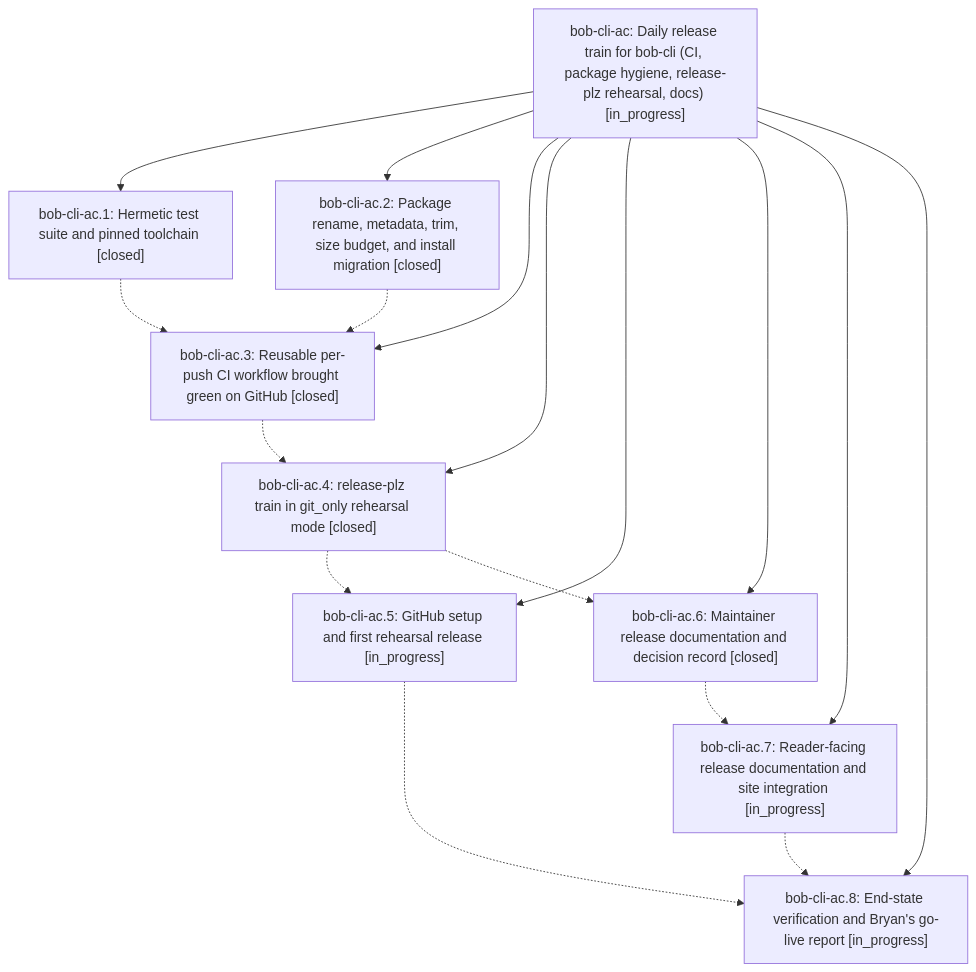
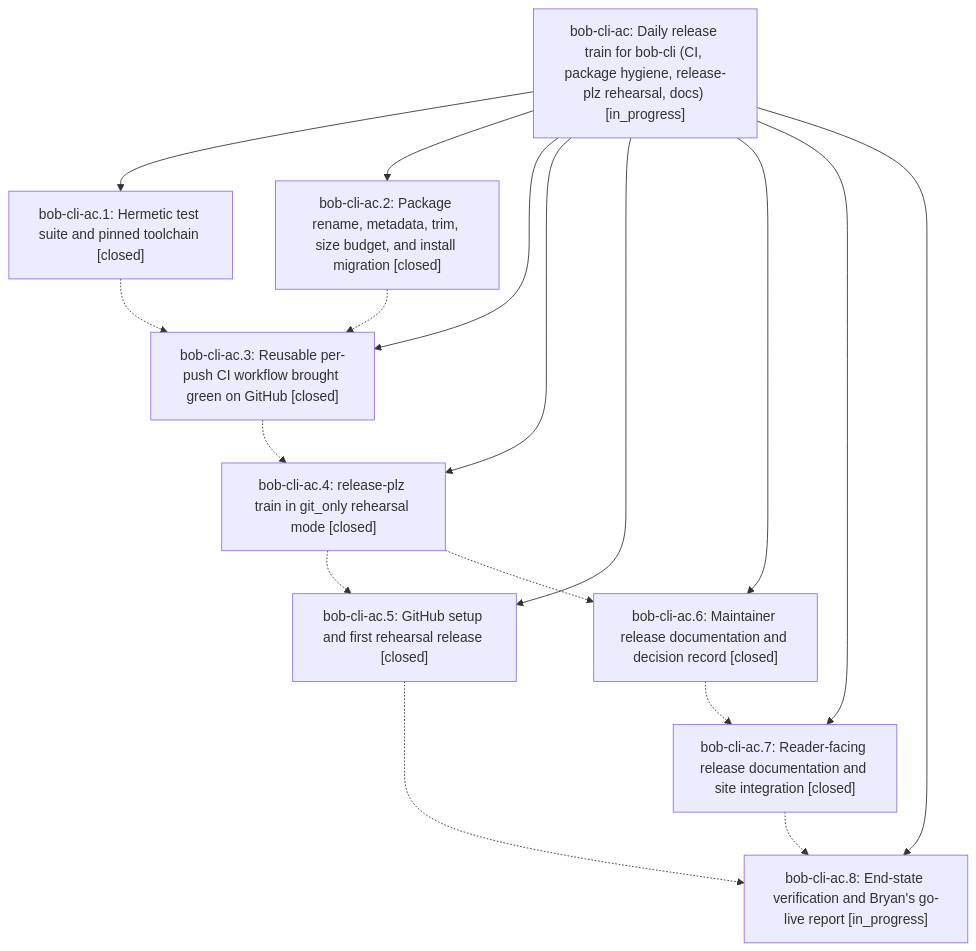
One commit to bobs-org/bob-cli--beads changed the diagram in pages/bob-cli-ac/README.md. Above: the diagram before and after it, drawn with Mermaid. The commit also changed other lines of this file and 6 other files, not shown here.

First line of the commit message:
chore(beads): sync bead state and pages for bob-cli-ac

````diff
--- a/pages/bob-cli-ac/README.md
+++ b/pages/bob-cli-ac/README.md
@@ -43,28 +43,28 @@
 ```mermaid
 flowchart TD
     n0["bob-cli-ac: Daily release train for bob-cli (CI, package hygiene, release-plz rehearsal, docs) [in_progress]"]
     n1["bob-cli-ac.1: Hermetic test suite and pinned toolchain [closed]"]
     n2["bob-cli-ac.2: Package rename, metadata, trim, size budget, and install migration [closed]"]
     n3["bob-cli-ac.3: Reusable per-push CI workflow brought green on GitHub [closed]"]
     n4["bob-cli-ac.4: release-plz train in git_only rehearsal mode [closed]"]
-    n5["bob-cli-ac.5: GitHub setup and first rehearsal release [in_progress]"]
+    n5["bob-cli-ac.5: GitHub setup and first rehearsal release [closed]"]
     n6["bob-cli-ac.6: Maintainer release documentation and decision record [closed]"]
-    n7["bob-cli-ac.7: Reader-facing release documentation and site integration [in_progress]"]
+    n7["bob-cli-ac.7: Reader-facing release documentation and site integration [closed]"]
     n8["bob-cli-ac.8: End-state verification and Bryan's go-live report [in_progress]"]
     n0 --> n1
     n0 --> n2
     n0 --> n3
     n0 --> n4
     n0 --> n5
     n0 --> n6
     n0 --> n7
     n0 --> n8
     n1 -.-> n3
     n2 -.-> n3
     n3 -.-> n4
     n4 -.-> n5
     n4 -.-> n6
     n5 -.-> n8
     n6 -.-> n7
     n7 -.-> n8
 ```
````
